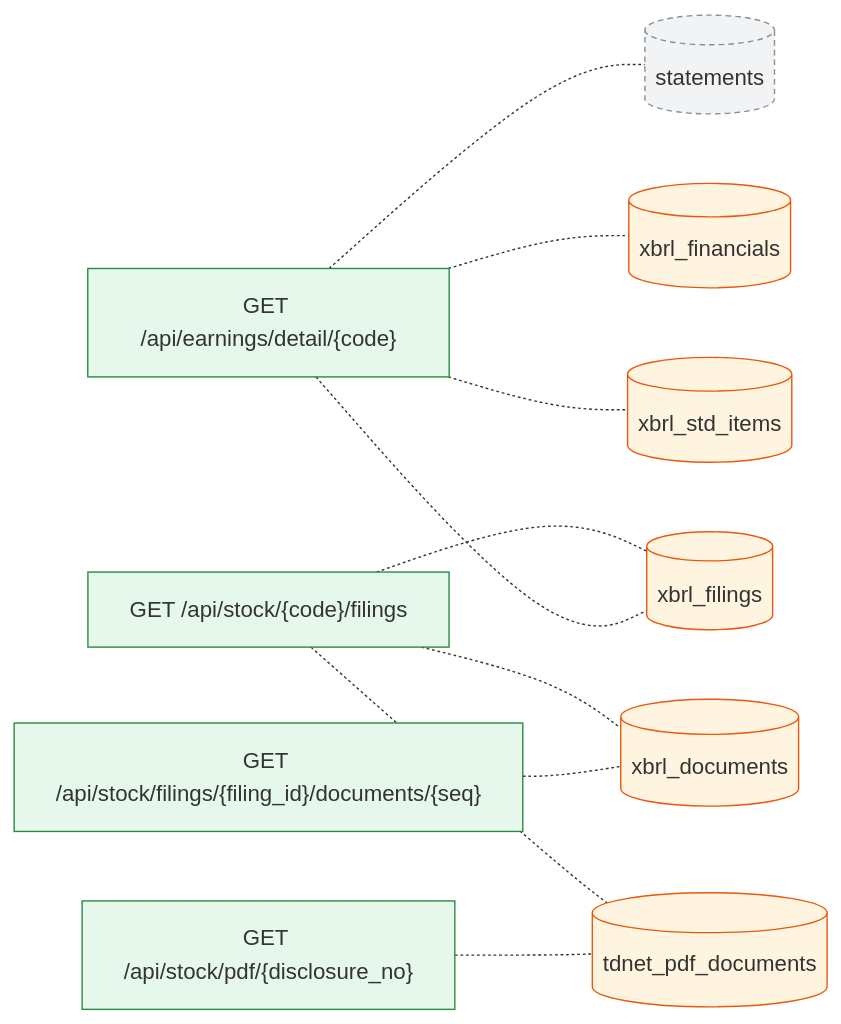
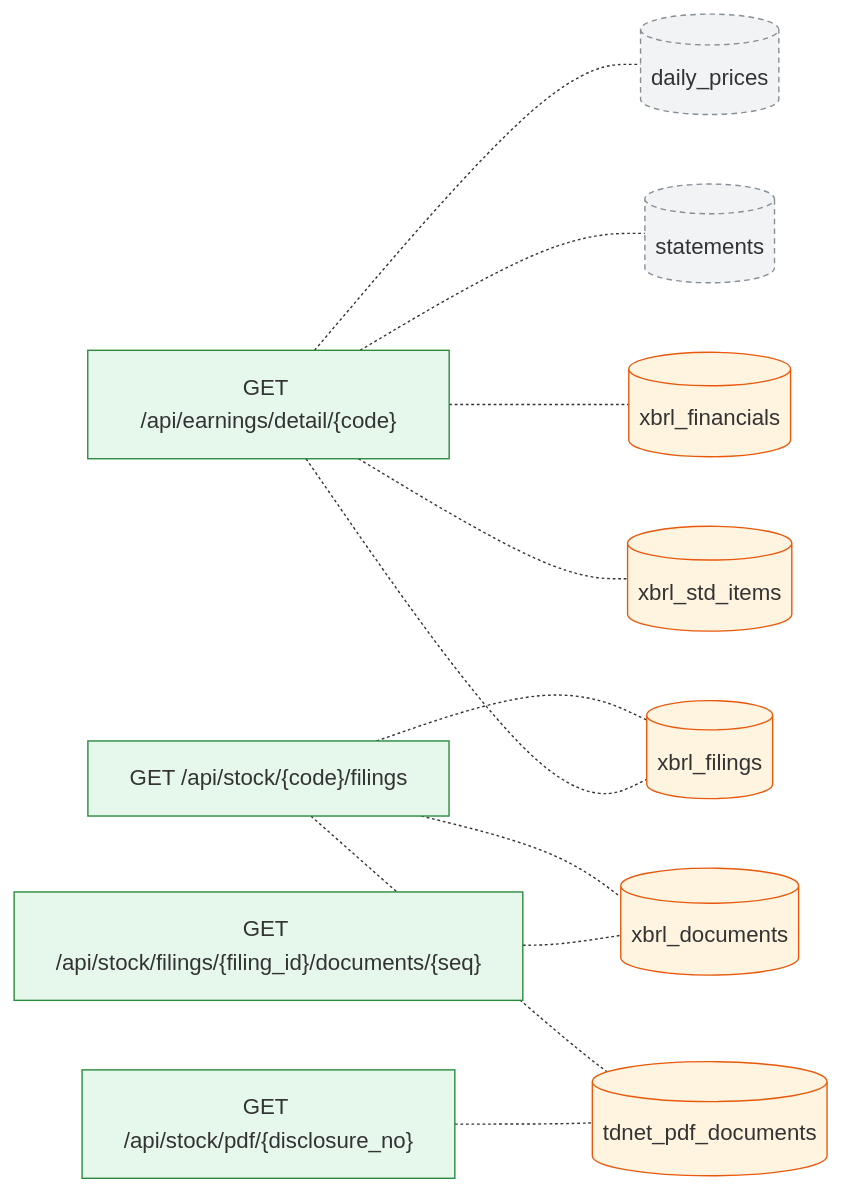
One commit to pekumirui/stock-analyzer changed the second of 2 diagrams in docs/dataflow/xbrl.md. Above: the diagram before and after it, drawn with Mermaid. The commit also changed other lines of this file and 2 other files, not shown here.

Commit message:
bug(KAB-407): 決算の API が daily_prices を読むようになったので dataflow を作り直す

````diff
--- a/docs/dataflow/xbrl.md
+++ b/docs/dataflow/xbrl.md
@@ -77,26 +77,28 @@
 ```mermaid
 flowchart LR
   n0["GET /api/earnings/detail/{code}"]:::api
   n1["GET /api/stock/filings/{filing_id}/documents/{seq}"]:::api
   n2["GET /api/stock/pdf/{disclosure_no}"]:::api
   n3["GET /api/stock/{code}/filings"]:::api
-  n4[("statements")]:::ext
-  n5[("tdnet_pdf_documents")]:::tbl
-  n6[("xbrl_documents")]:::tbl
-  n7[("xbrl_filings")]:::tbl
-  n8[("xbrl_financials")]:::tbl
-  n9[("xbrl_std_items")]:::tbl
+  n4[("daily_prices")]:::ext
+  n5[("statements")]:::ext
+  n6[("tdnet_pdf_documents")]:::tbl
+  n7[("xbrl_documents")]:::tbl
+  n8[("xbrl_filings")]:::tbl
+  n9[("xbrl_financials")]:::tbl
+  n10[("xbrl_std_items")]:::tbl
   n0 -.- n4
-  n0 -.- n7
+  n0 -.- n5
   n0 -.- n8
   n0 -.- n9
-  n1 -.- n6
-  n2 -.- n5
-  n3 -.- n5
+  n0 -.- n10
+  n1 -.- n7
+  n2 -.- n6
   n3 -.- n6
   n3 -.- n7
+  n3 -.- n8
   classDef job fill:#e3ecff,stroke:#3b5bdb
   classDef api fill:#e6f7ec,stroke:#2b8a3e
   classDef tbl fill:#fff4e0,stroke:#e8590c
   classDef ext fill:#f1f3f5,stroke:#868e96,stroke-dasharray:4 3
 ```
````
